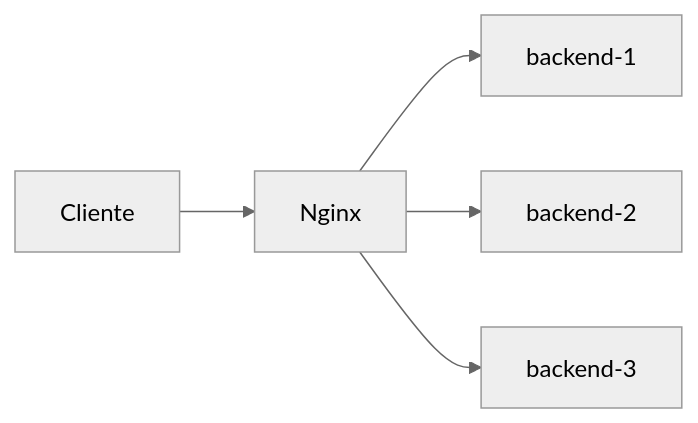
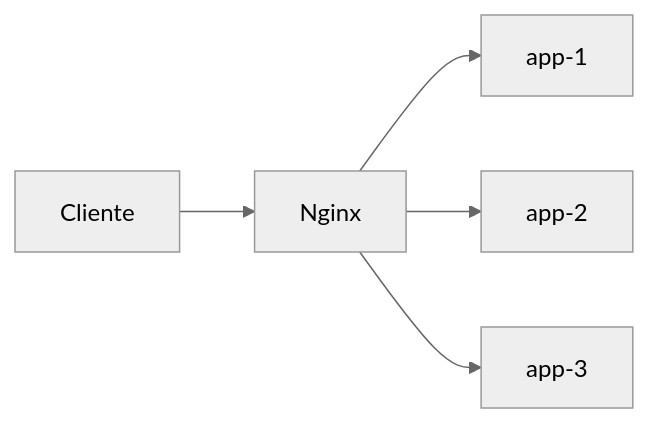
One commit to alejandroroig/despliegue-daw changed the first of 3 diagrams in docs/tema3/proxy-inverso-balanceo.md. Above: the diagram before and after it, drawn with Mermaid (neutral theme). The commit also changed other lines of this file and 21 other files, not shown here.

````diff
--- a/docs/tema3/proxy-inverso-balanceo.md
+++ b/docs/tema3/proxy-inverso-balanceo.md
@@ -150,7 +151,7 @@
 ```mermaid
 flowchart LR
     C["Cliente"] --> N["Nginx"]
-    N --> A1["backend-1"]
-    N --> A2["backend-2"]
-    N --> A3["backend-3"]
+    N --> A1["app-1"]
+    N --> A2["app-2"]
+    N --> A3["app-3"]
 ```
````
